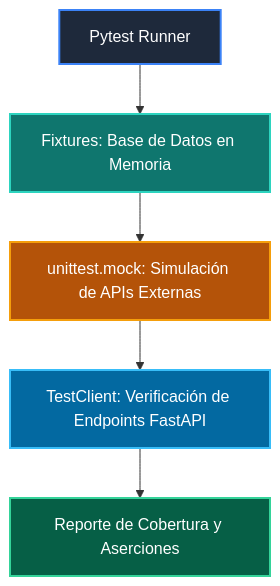
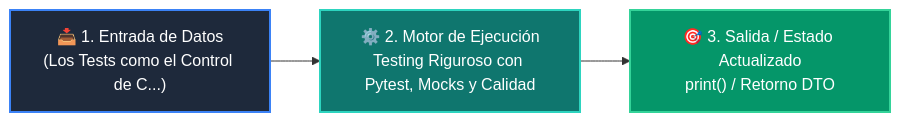
The diagram in 04-proyecto-final/clase-06-testing-y-calidad/README.md (wisrovi/wisrovi-python), drawn with Mermaid before and after one commit. The commit also changed other lines of this file and 54 other files, not shown here.

Commit message:
refactor: clean repository root by moving maintenance scripts to scripts/ and restore rich high-contrast Mermaid diagrams for all classes and examples

````diff
--- a/04-proyecto-final/clase-06-testing-y-calidad/README.md
+++ b/04-proyecto-final/clase-06-testing-y-calidad/README.md
@@ -12,13 +12,9 @@
 ```mermaid
-flowchart TD
-    PYT["Pytest Runner"] --> FIX["Fixtures: Base de Datos en Memoria"]
-    FIX --> MCK["unittest.mock: Simulación de APIs Externas"]
-    MCK --> TCLI["TestClient: Verificación de Endpoints FastAPI"]
-    TCLI --> REP["Reporte de Cobertura y Aserciones"]
+flowchart LR
+    A["📥 1. Entrada de Datos<br/>(Los Tests como el Control de C...)"] --> B["⚙️ 2. Motor de Ejecución<br/>Testing Riguroso con Pytest, Mocks y Calidad"]
+    B --> C["🎯 3. Salida / Estado Actualizado<br/>print() / Retorno DTO"]
 
-    style PYT fill:#1e293b,color:#fff,stroke:#3b82f6,stroke-width:2px
-    style FIX fill:#0f766e,color:#fff,stroke:#2dd4bf,stroke-width:2px
-    style MCK fill:#b45309,color:#fff,stroke:#f59e0b,stroke-width:2px
-    style TCLI fill:#0369a1,color:#fff,stroke:#38bdf8,stroke-width:2px
-    style REP fill:#065f46,color:#fff,stroke:#34d399,stroke-width:2px
+    style A fill:#1e293b,color:#ffffff,stroke:#3b82f6,stroke-width:2px
+    style B fill:#0f766e,color:#ffffff,stroke:#2dd4bf,stroke-width:2px
+    style C fill:#059669,color:#ffffff,stroke:#34d399,stroke-width:2px
 ```
````
